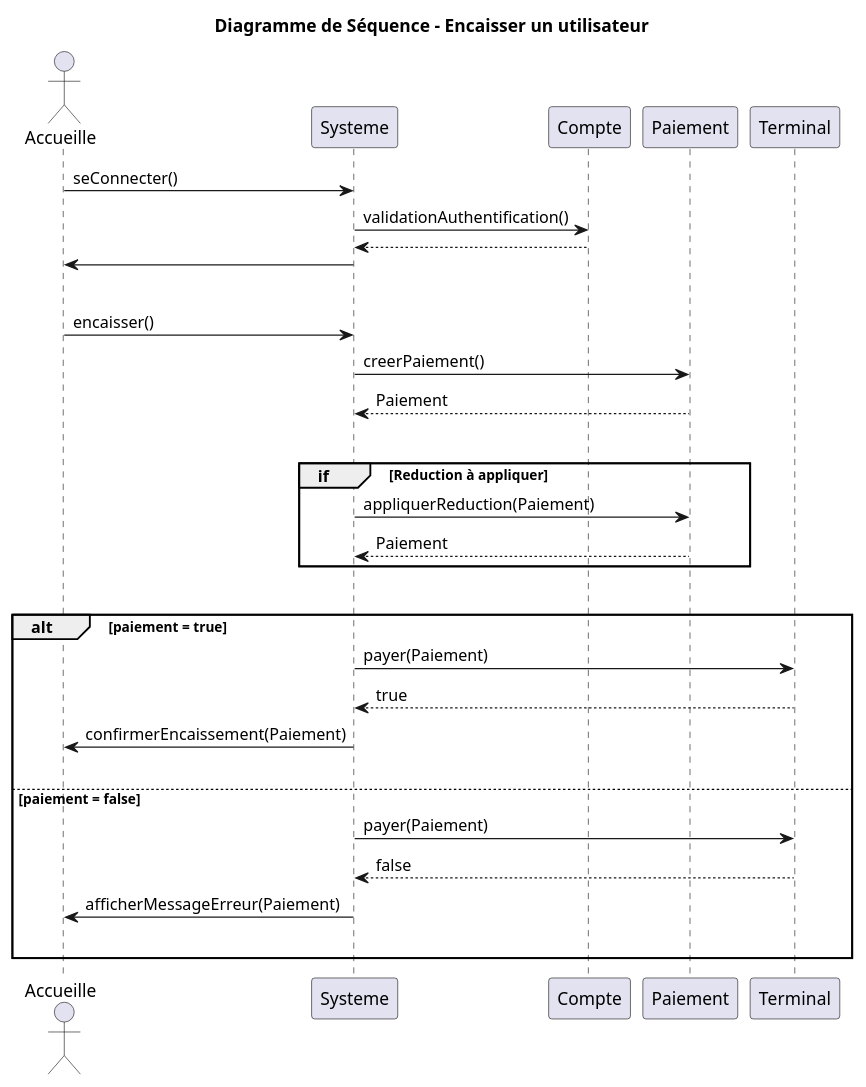
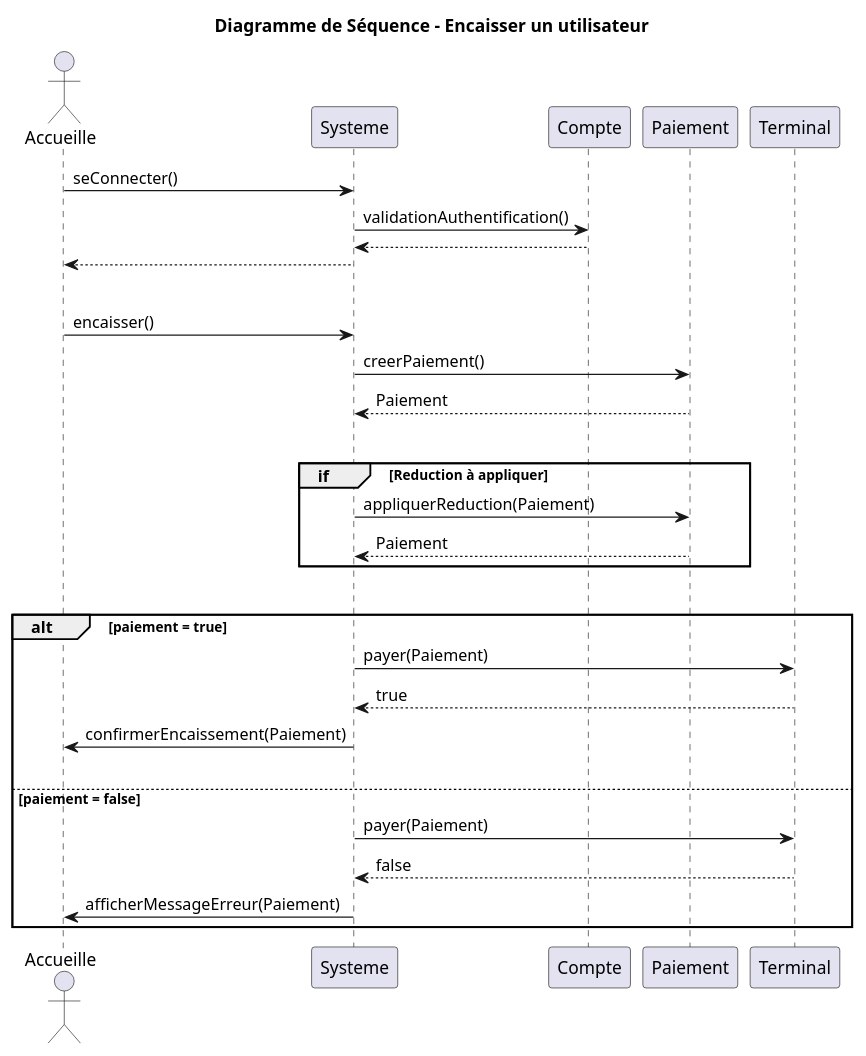
One commit to Egario54/ProjetClubNautique changed the diagram in UML/Diagramme_sequence_encaisser_client.puml. Above: the diagram before and after it, drawn with PlantUML. The commit also changed 13 other files, not shown here.

First line of the commit message:
Ajout du diagramme de classe

```diff
--- a/UML/Diagramme_sequence_encaisser_client.puml
+++ b/UML/Diagramme_sequence_encaisser_client.puml
@@ -1,48 +1,49 @@
 @startuml
 title Diagramme de Séquence - Encaisser un utilisateur
 actor Accueille
 participant Systeme
 participant Compte
 participant Paiement
 participant Terminal
 
 'Connexion à un compte'
 Accueille -> Systeme: seConnecter()
 Systeme -> Compte: validationAuthentification()
 return
-Systeme -> Accueille
+Systeme --> Accueille
 
 'Séparation'
 |||
 
 'Accueille encaisse un client'
 Accueille -> Systeme: encaisser()
 Systeme -> Paiement: creerPaiement()
 Paiement --> Systeme : Paiement
 
 'Séparation'
 |||
 
 'Accueille applique une reduction'
 group if [Reduction à appliquer]
     Systeme -> Paiement : appliquerReduction(Paiement)
     return Paiement
 end
 
 'Séparation'
 |||
 
-
+'Accueille demande un paiement'
 alt paiement = true
 Systeme -> Terminal: payer(Paiement)
 return true
 Systeme -> Accueille: confirmerEncaissement(Paiement)
+
+'Séparation'
 |||
 
 else paiement = false
 Systeme -> Terminal: payer(Paiement)
 return false
 Systeme -> Accueille: afficherMessageErreur(Paiement)
-|||
 end
 @enduml
```
